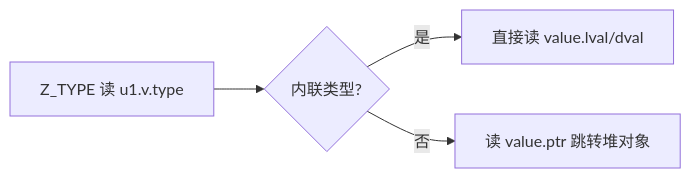
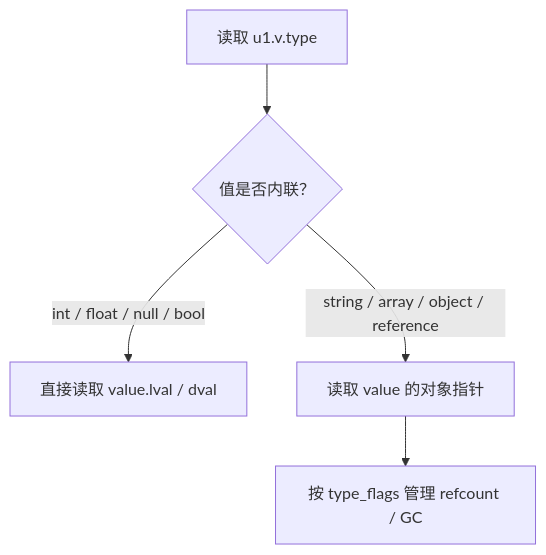
One commit to woweijun123/woweijun123.github.io changed the third of 3 diagrams in src/site/notes/Learn/Hash算法与数据库实现.md. Above: the diagram before and after it, drawn with Mermaid. The commit also changed other lines of this file and 99 other files, not shown here.

````diff
--- a/src/site/notes/Learn/Hash算法与数据库实现.md
+++ b/src/site/notes/Learn/Hash算法与数据库实现.md
@@ -1314,10 +1318,7 @@
 ```mermaid
-flowchart LR
-    step1["Z_TYPE 读 u1.v.type"]
-    step2{"内联类型?"}
-    step3["直接读 value.lval/dval"]
-    step4["读 value.ptr 跳转堆对象"]
-    step1 --> step2
-    step2 -->|是| step3
-    step2 -->|否| step4
+flowchart TD
+    A["读取 u1.v.type"] --> B{"值是否内联？"}
+    B -- "int / float / null / bool" --> C["直接读取 value.lval / dval"]
+    B -- "string / array / object / reference" --> D["读取 value 的对象指针"]
+    D --> E["按 type_flags 管理 refcount / GC"]
 ```
````
